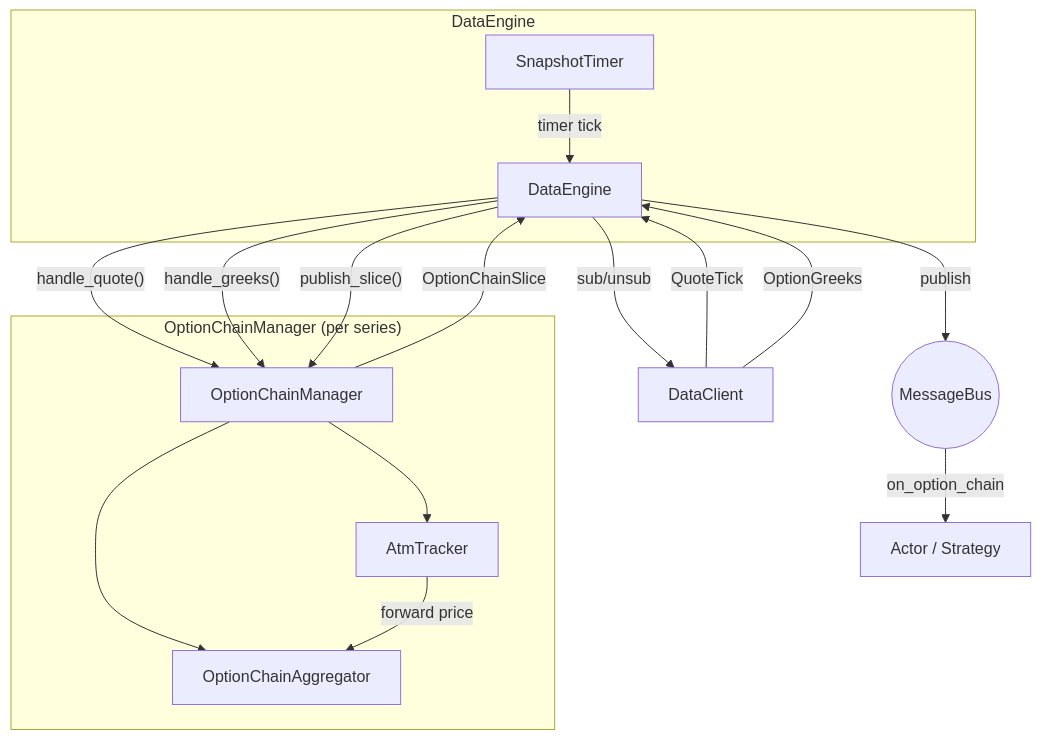
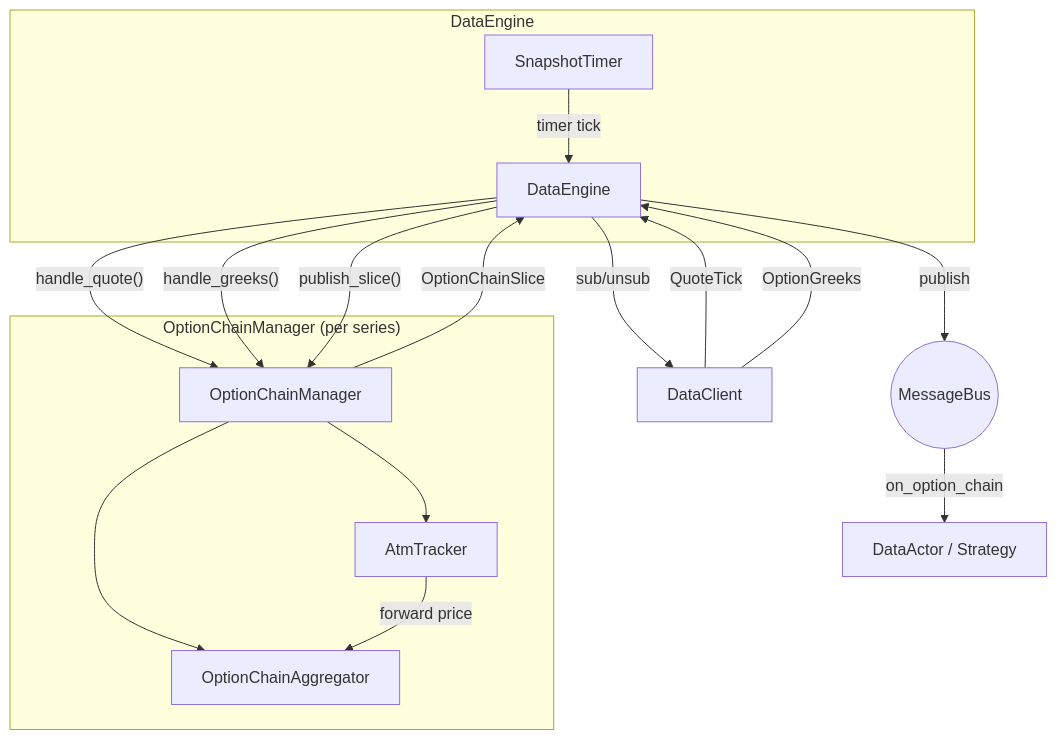
One commit to nautechsystems/nautilus_trader changed the diagram in docs/concepts/options.md. Above: the diagram before and after it, drawn with Mermaid. The commit also changed other lines of this file and 163 other files, not shown here.

````diff
--- a/docs/concepts/options.md
+++ b/docs/concepts/options.md
@@ -244,27 +244,27 @@
 ```mermaid
 flowchart TD
     subgraph DataEngine
         DE[DataEngine]
         TMR[SnapshotTimer]
     end
 
     subgraph "OptionChainManager (per series)"
         MGR[OptionChainManager]
         AGG[OptionChainAggregator]
         ATM[AtmTracker]
     end
 
     DC[DataClient] -- QuoteTick --> DE
     DC -- OptionGreeks --> DE
     DE -- "handle_quote()" --> MGR
     DE -- "handle_greeks()" --> MGR
     MGR --> AGG
     MGR --> ATM
     ATM -- "forward price" --> AGG
     TMR -- "timer tick" --> DE
     DE -- "publish_slice()" --> MGR
     MGR -- "OptionChainSlice" --> DE
     DE -- publish --> MB((MessageBus))
-    MB -- "on_option_chain" --> S[Actor / Strategy]
+    MB -- "on_option_chain" --> S[DataActor / Strategy]
     DE -- "sub/unsub" --> DC
 ```
````
